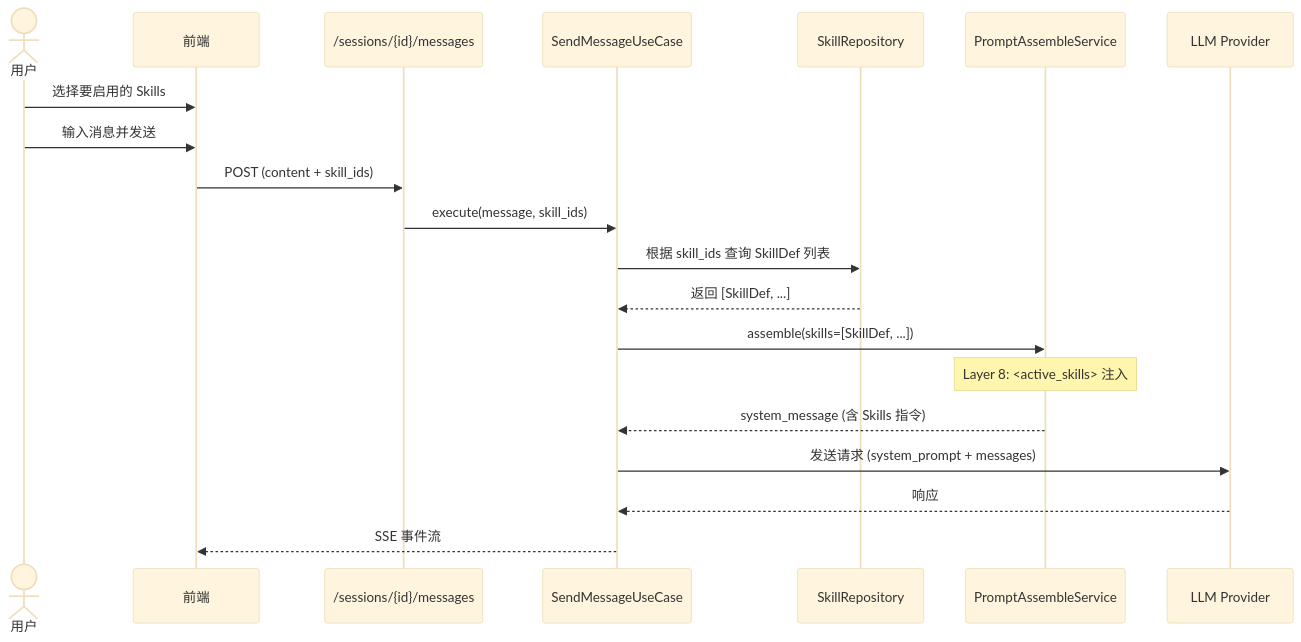
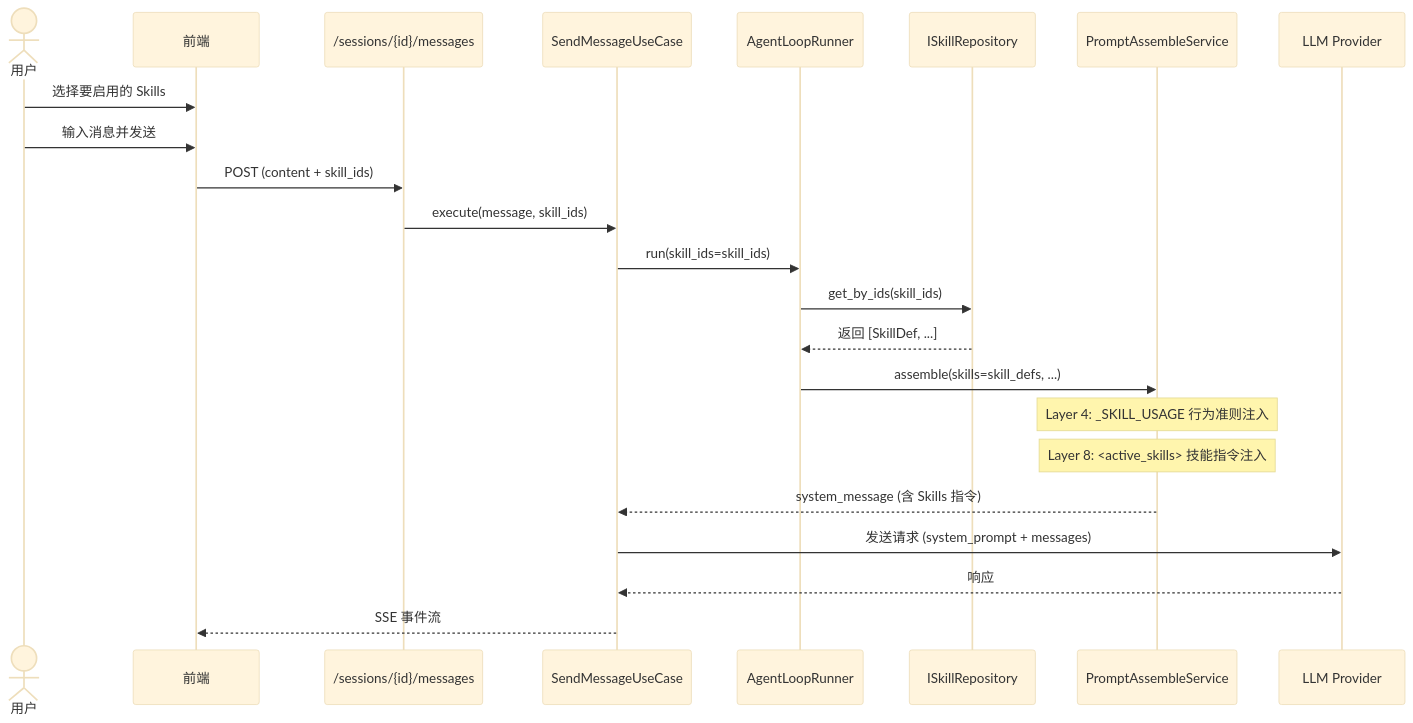
One commit to solarest/yanyun-agent changed the third of 4 diagrams in design/6_skills-design.md. Above: the diagram before and after it, drawn with Mermaid (base theme). The commit also changed other lines of this file and 9 other files, not shown here.

````diff
--- a/design/6_skills-design.md
+++ b/design/6_skills-design.md
@@ -95,26 +126,29 @@
 ```mermaid
 sequenceDiagram
     actor User as 用户
     participant FE as 前端
     participant API as /sessions/{id}/messages
     participant UseCase as SendMessageUseCase
-    participant SkillRepo as SkillRepository
+    participant Runner as AgentLoopRunner
+    participant SkillRepo as ISkillRepository
     participant Prompt as PromptAssembleService
     participant LLM as LLM Provider
 
     User->>FE: 选择要启用的 Skills
     User->>FE: 输入消息并发送
     FE->>API: POST (content + skill_ids)
     
     API->>UseCase: execute(message, skill_ids)
-    UseCase->>SkillRepo: 根据 skill_ids 查询 SkillDef 列表
-    SkillRepo-->>UseCase: 返回 [SkillDef, ...]
+    UseCase->>Runner: run(skill_ids=skill_ids)
+    Runner->>SkillRepo: get_by_ids(skill_ids)
+    SkillRepo-->>Runner: 返回 [SkillDef, ...]
     
-    UseCase->>Prompt: assemble(skills=[SkillDef, ...])
-    Note over Prompt: Layer 8: <active_skills> 注入
+    Runner->>Prompt: assemble(skills=skill_defs, ...)
+    Note over Prompt: Layer 4: _SKILL_USAGE 行为准则注入
+    Note over Prompt: Layer 8: <active_skills> 技能指令注入
     Prompt-->>UseCase: system_message (含 Skills 指令)
     
     UseCase->>LLM: 发送请求 (system_prompt + messages)
     LLM-->>UseCase: 响应
     UseCase-->>FE: SSE 事件流
 ```
````
